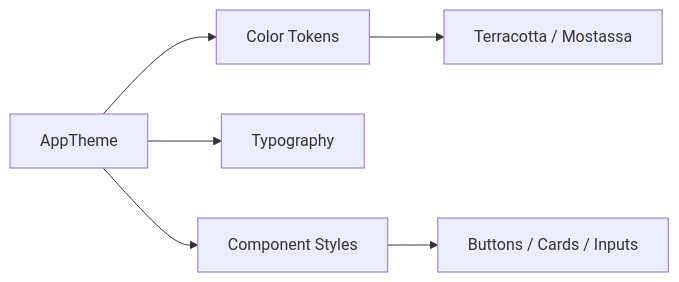
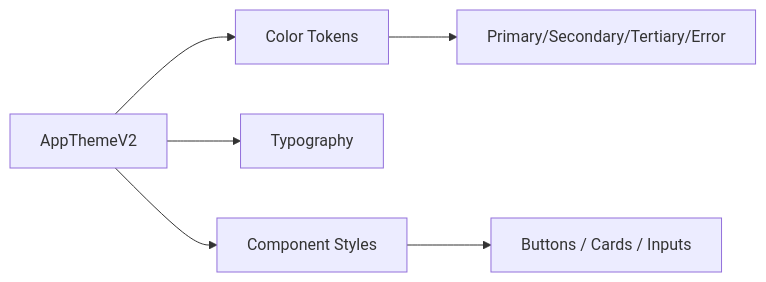
One commit to Joanrodrigoo/pagolomio-docs changed the diagram in DI_PagoLoMio.md. Above: the diagram before and after it, drawn with Mermaid. The commit also changed other lines of this file, not shown here.

````diff
--- a/DI_PagoLoMio.md
+++ b/DI_PagoLoMio.md
@@ -8,8 +8,8 @@
 ```mermaid
 graph LR
-    A[AppTheme] --> B[Color Tokens]
+    A[AppThemeV2] --> B[Color Tokens]
     A --> C[Typography]
     A --> D[Component Styles]
-    B --> E[Terracotta / Mostassa]
+    B --> E[Primary/Secondary/Tertiary/Error]
     D --> F[Buttons / Cards / Inputs]
 ```
````
